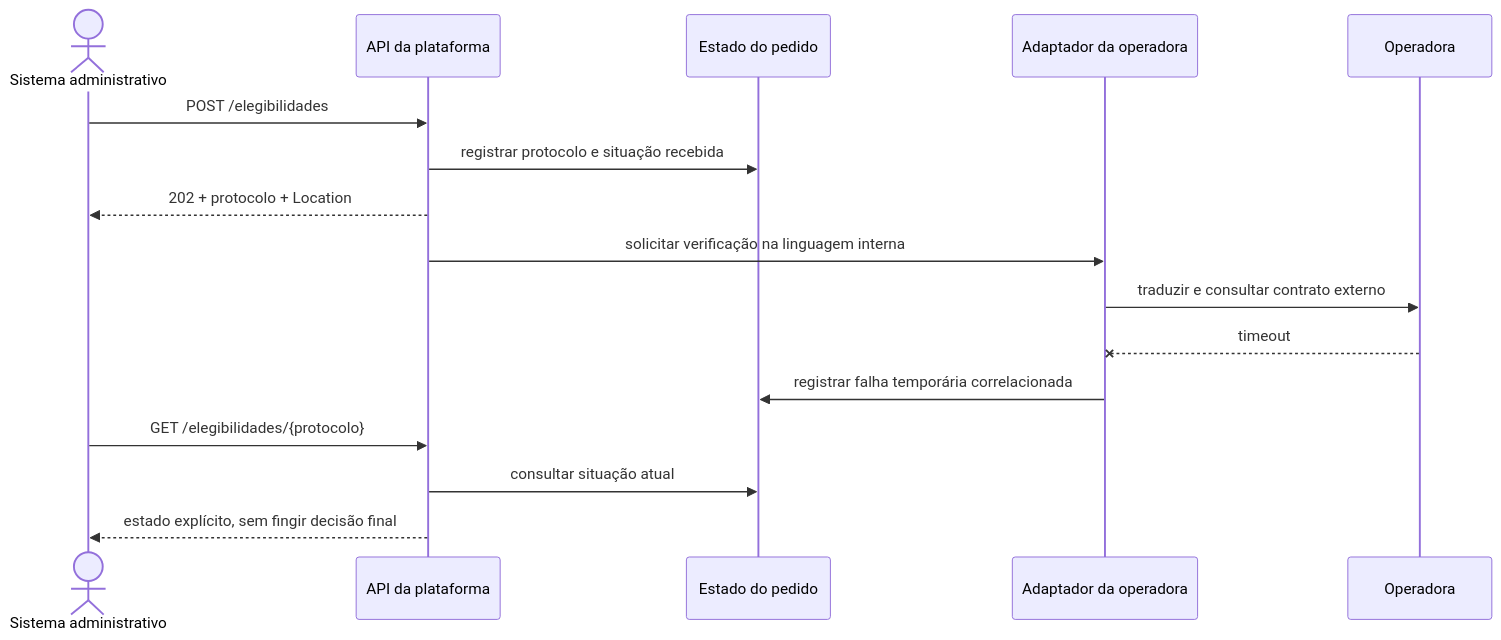
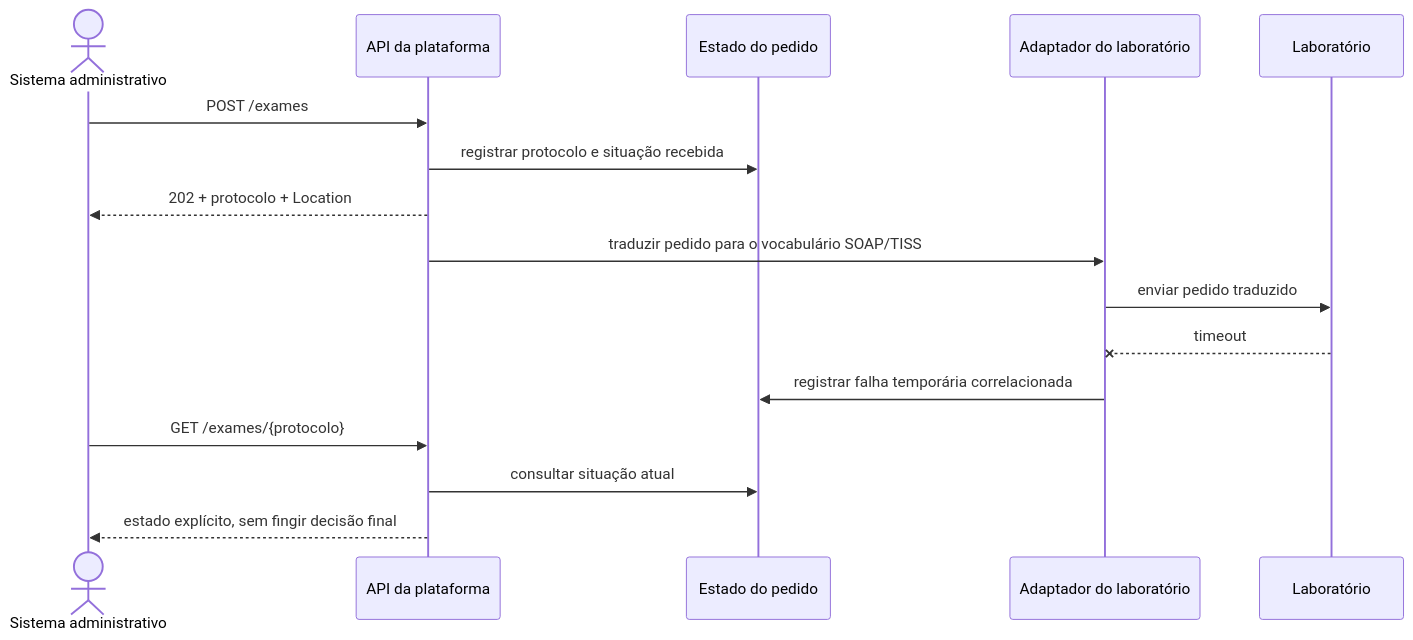
Before and after one commit to marco-mendes/arquitetura-software: the second of 2 diagrams in docs/modulo-2-apis/estudo-de-caso.md, drawn with Mermaid. The commit also changed other lines of this file and 6 other files, not shown here.

````diff
--- a/docs/modulo-2-apis/estudo-de-caso.md
+++ b/docs/modulo-2-apis/estudo-de-caso.md
@@ -59,18 +59,18 @@
 ```mermaid
 sequenceDiagram
     actor Administrativo as Sistema administrativo
     participant API as API da plataforma
     participant Estado as Estado do pedido
-    participant Adaptador as Adaptador da operadora
-    participant Operadora
-    Administrativo->>API: POST /elegibilidades
+    participant Adaptador as Adaptador do laboratório
+    participant Laboratorio as Laboratório
+    Administrativo->>API: POST /exames
     API->>Estado: registrar protocolo e situação recebida
     API-->>Administrativo: 202 + protocolo + Location
-    API->>Adaptador: solicitar verificação na linguagem interna
-    Adaptador->>Operadora: traduzir e consultar contrato externo
-    Operadora--xAdaptador: timeout
+    API->>Adaptador: traduzir pedido para o vocabulário SOAP/TISS
+    Adaptador->>Laboratorio: enviar pedido traduzido
+    Laboratorio--xAdaptador: timeout
     Adaptador->>Estado: registrar falha temporária correlacionada
-    Administrativo->>API: GET /elegibilidades/{protocolo}
+    Administrativo->>API: GET /exames/{protocolo}
     API->>Estado: consultar situação atual
     API-->>Administrativo: estado explícito, sem fingir decisão final
 ```
````
